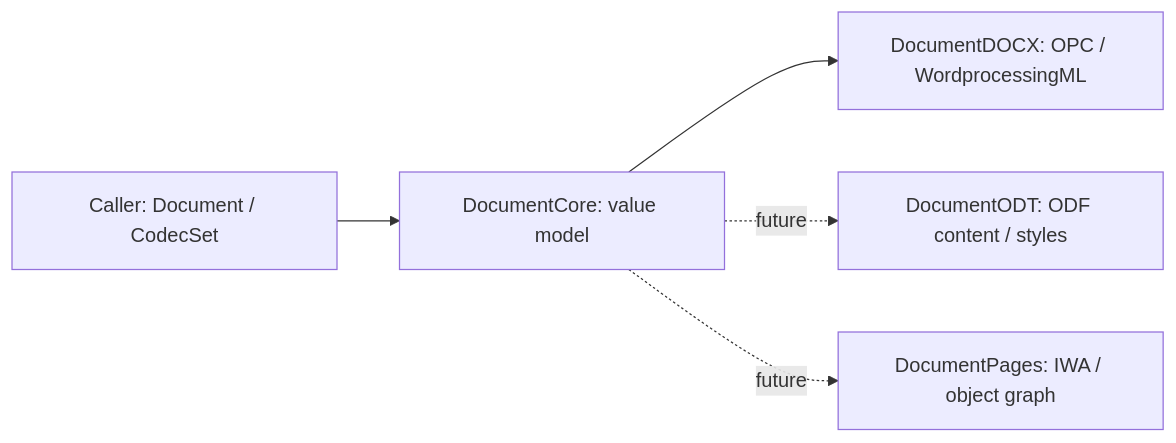
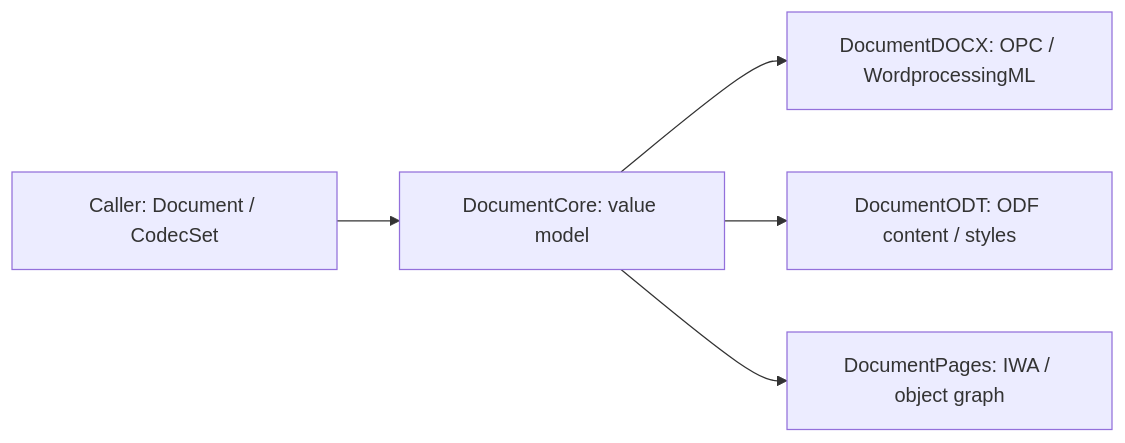
One commit to nanbu/SwiftDocuments changed the diagram in docs/format-design.md. Above: the diagram before and after it, drawn with Mermaid. The commit also changed other lines of this file and 126 other files, not shown here.

````diff
--- a/docs/format-design.md
+++ b/docs/format-design.md
@@ -3,7 +3,7 @@
 ```mermaid
 flowchart LR
     A[Caller: Document / CodecSet] --> B[DocumentCore: value model]
     B --> C[DocumentDOCX: OPC / WordprocessingML]
-    B -. future .-> D[DocumentODT: ODF content / styles]
-    B -. future .-> E[DocumentPages: IWA / object graph]
+    B --> D[DocumentODT: ODF content / styles]
+    B --> E[DocumentPages: IWA / object graph]
 ```
````
